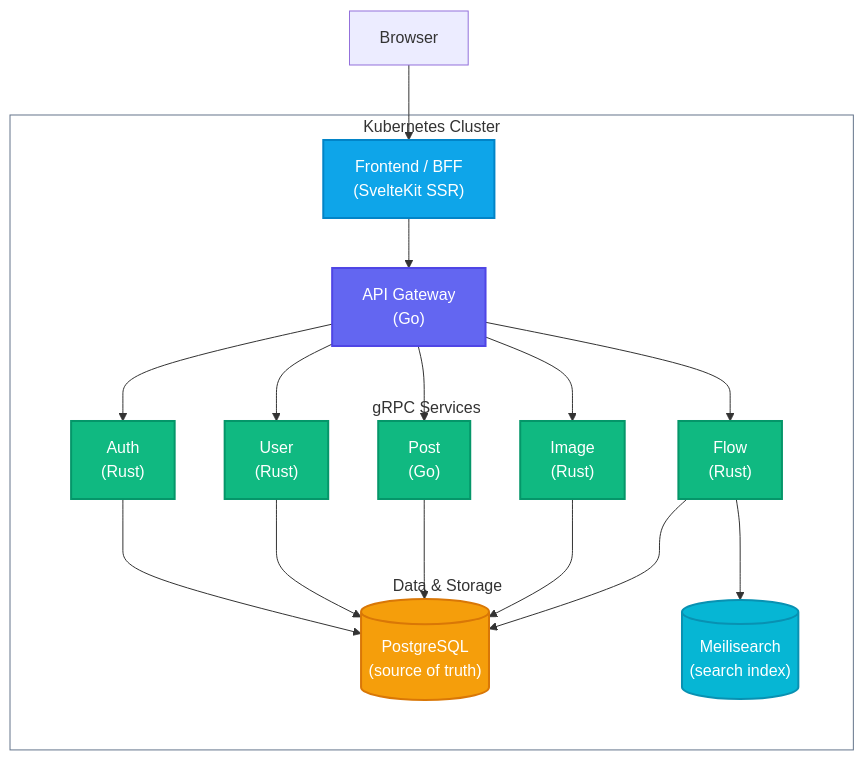
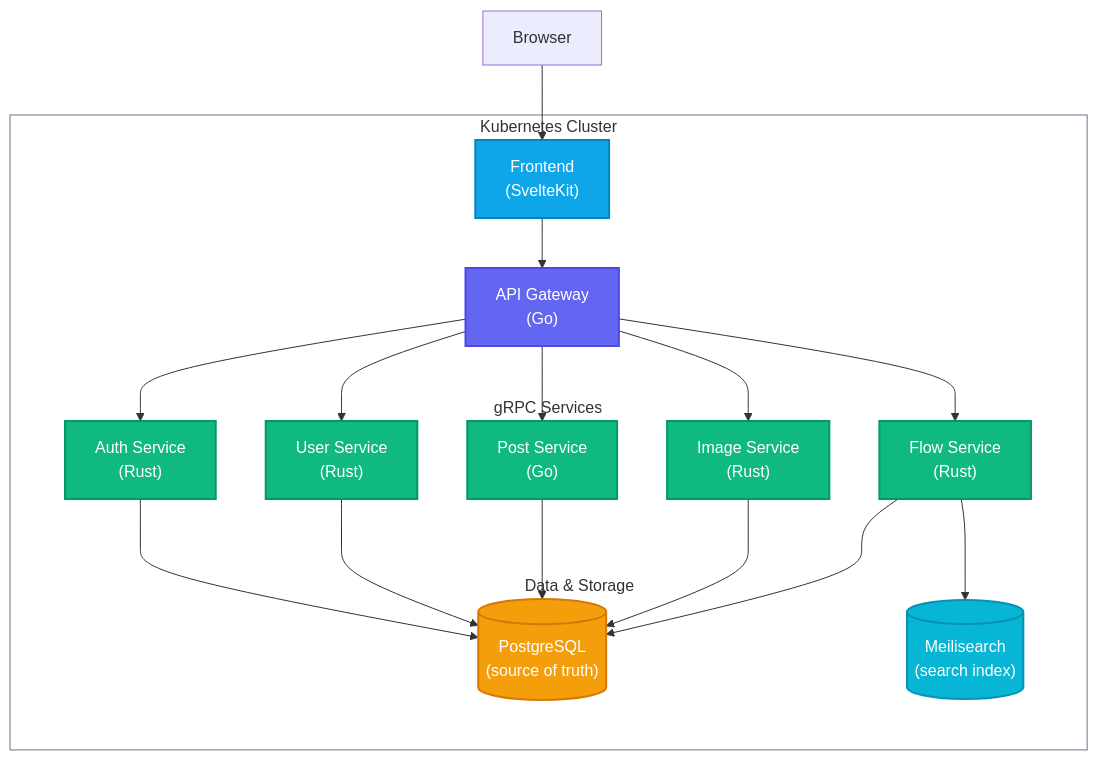
Before and after one commit to robbdimitrov/cogito: the diagram in README.md, drawn with Mermaid. The commit also changed 6 other files, not shown here.

````diff
--- a/README.md
+++ b/README.md
@@ -20,38 +20,38 @@
 ```mermaid
 graph TD
     Browser["Browser"]
 
     subgraph cluster ["Kubernetes Cluster"]
-        Web["Frontend / BFF<br>(SvelteKit SSR)"]:::frontend
-        API["API Gateway<br>(Go)"]:::gateway
+        Frontend["Frontend<br>(SvelteKit)"]:::frontend
+        Gateway["API Gateway<br>(Go)"]:::gateway
 
         subgraph services ["gRPC Services"]
-            Auth["Auth<br>(Rust)"]:::service
-            Users["User<br>(Rust)"]:::service
-            Posts["Post<br>(Go)"]:::service
-            Images["Image<br>(Rust)"]:::service
-            Flow["Flow<br>(Rust)"]:::service
+            Auth["Auth Service<br>(Rust)"]:::backend
+            Users["User Service<br>(Rust)"]:::backend
+            Posts["Post Service<br>(Go)"]:::backend
+            Images["Image Service<br>(Rust)"]:::backend
+            Flow["Flow Service<br>(Rust)"]:::backend
         end
 
         subgraph data ["Data & Storage"]
             DB[("PostgreSQL<br>(source of truth)")]:::database
             Meili[("Meilisearch<br>(search index)")]:::search
         end
     end
 
-    Browser --> Web
-    Web --> API
-    API --> Auth & Users & Posts & Images & Flow
+    Browser --> Frontend
+    Frontend --> Gateway
+    Gateway --> Auth & Users & Posts & Images & Flow
     Auth & Users & Posts & Images & Flow --> DB
     Flow --> Meili
 
     classDef frontend fill:#0ea5e9,stroke:#0284c7,stroke-width:2px,color:#fff
     classDef gateway fill:#6366f1,stroke:#4f46e5,stroke-width:2px,color:#fff
-    classDef service fill:#10b981,stroke:#059669,stroke-width:2px,color:#fff
+    classDef backend fill:#10b981,stroke:#059669,stroke-width:2px,color:#fff
     classDef database fill:#f59e0b,stroke:#d97706,stroke-width:2px,color:#fff
     classDef search fill:#06b6d4,stroke:#0891b2,stroke-width:2px,color:#fff
 
     style cluster fill:transparent,stroke:#64748b
     style services fill:transparent,stroke:transparent
     style data fill:transparent,stroke:transparent
 ```
````
